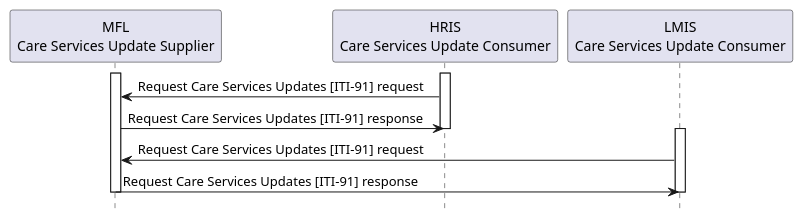
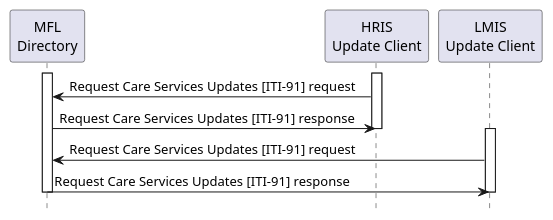
One commit to IHE/ITI.mCSD changed the diagram in input/images-source/usecase4-processflow.plantuml. Above: the diagram before and after it, drawn with PlantUML. The commit also changed 9 other files, not shown here.

Commit message:
Updated transaction and use case diagrams for the new actor names.

```diff
--- a/input/images-source/usecase4-processflow.plantuml
+++ b/input/images-source/usecase4-processflow.plantuml
@@ -1,20 +1,20 @@
 @startuml
 hide footbox
 
-participant "MFL\nCare Services Update Supplier" as MFL
-participant "HRIS\nCare Services Update Consumer" as HRIS
-participant "LMIS\nCare Services Update Consumer" as LMIS
+participant "MFL\nDirectory" as MFL
+participant "HRIS\nUpdate Client" as HRIS
+participant "LMIS\nUpdate Client" as LMIS
 
 activate HRIS
 activate MFL
 HRIS -> MFL: Request Care Services Updates [ITI-91] request
 MFL -> HRIS: Request Care Services Updates [ITI-91] response
 deactivate HRIS
 
 activate LMIS
 LMIS -> MFL: Request Care Services Updates [ITI-91] request
 MFL -> LMIS: Request Care Services Updates [ITI-91] response
 deactivate MFL
 deactivate LMIS
 
 @enduml
```
